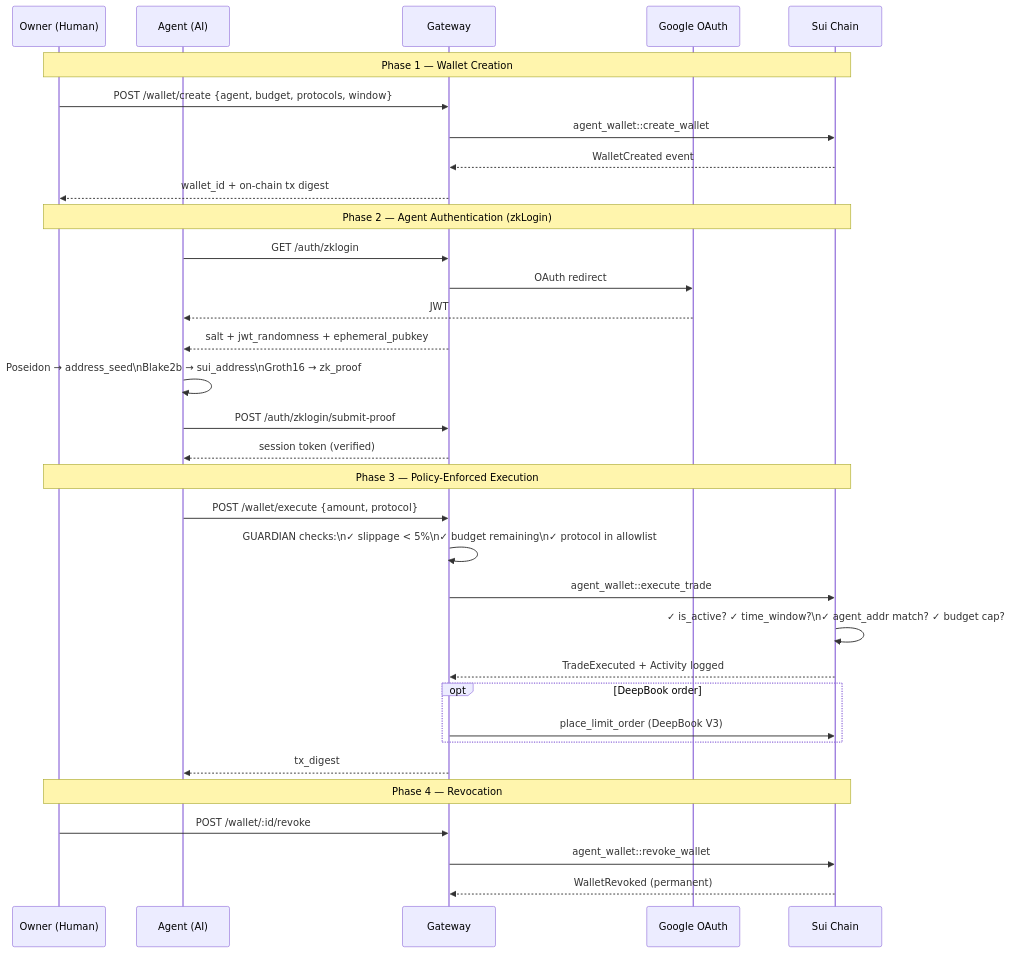
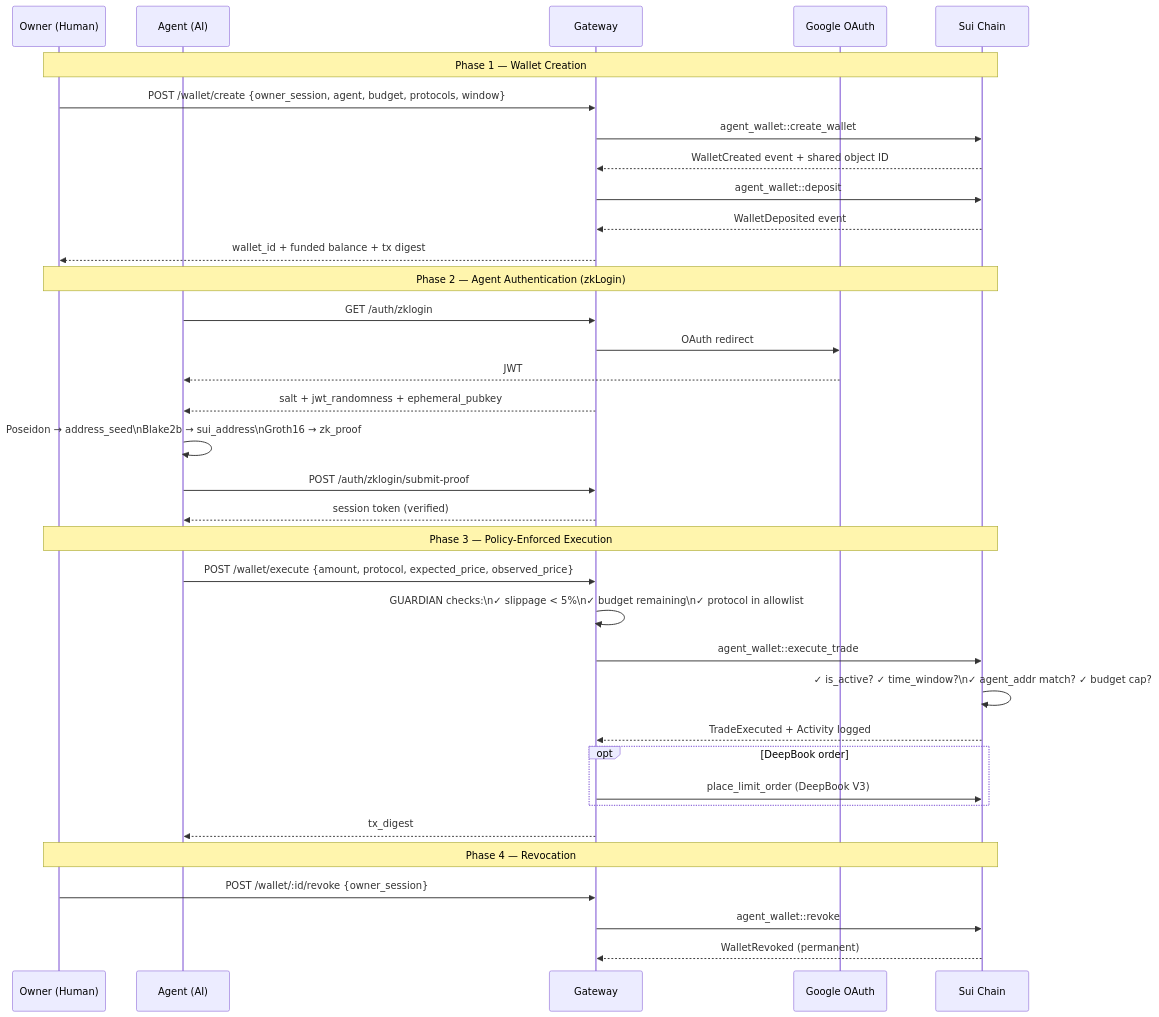
One commit to dongowu/sui-nexus changed the second of 3 diagrams in README.md. Above: the diagram before and after it, drawn with Mermaid. The commit also changed other lines of this file and 31 other files, not shown here.

Commit message:
feat: finalize live testnet wallet flow

````diff
--- a/README.md
+++ b/README.md
@@ -111,39 +111,41 @@
 ```mermaid
 sequenceDiagram
     participant Owner as Owner (Human)
     participant Agent as Agent (AI)
     participant GW as Gateway
     participant Google as Google OAuth
     participant Sui as Sui Chain
 
     Note over Owner,Sui: Phase 1 — Wallet Creation
-    Owner->>GW: POST /wallet/create {agent, budget, protocols, window}
+    Owner->>GW: POST /wallet/create {owner_session, agent, budget, protocols, window}
     GW->>Sui: agent_wallet::create_wallet
-    Sui-->>GW: WalletCreated event
-    GW-->>Owner: wallet_id + on-chain tx digest
+    Sui-->>GW: WalletCreated event + shared object ID
+    GW->>Sui: agent_wallet::deposit
+    Sui-->>GW: WalletDeposited event
+    GW-->>Owner: wallet_id + funded balance + tx digest
 
     Note over Owner,Sui: Phase 2 — Agent Authentication (zkLogin)
     Agent->>GW: GET /auth/zklogin
     GW->>Google: OAuth redirect
     Google-->>Agent: JWT
     GW-->>Agent: salt + jwt_randomness + ephemeral_pubkey
     Agent->>Agent: Poseidon → address_seed\nBlake2b → sui_address\nGroth16 → zk_proof
     Agent->>GW: POST /auth/zklogin/submit-proof
     GW-->>Agent: session token (verified)
 
     Note over Owner,Sui: Phase 3 — Policy-Enforced Execution
-    Agent->>GW: POST /wallet/execute {amount, protocol}
+    Agent->>GW: POST /wallet/execute {amount, protocol, expected_price, observed_price}
     GW->>GW: GUARDIAN checks:\n✓ slippage < 5%\n✓ budget remaining\n✓ protocol in allowlist
     GW->>Sui: agent_wallet::execute_trade
     Sui->>Sui: ✓ is_active? ✓ time_window?\n✓ agent_addr match? ✓ budget cap?
     Sui-->>GW: TradeExecuted + Activity logged
     opt DeepBook order
         GW->>Sui: place_limit_order (DeepBook V3)
     end
     GW-->>Agent: tx_digest
 
     Note over Owner,Sui: Phase 4 — Revocation
-    Owner->>GW: POST /wallet/:id/revoke
-    GW->>Sui: agent_wallet::revoke_wallet
+    Owner->>GW: POST /wallet/:id/revoke {owner_session}
+    GW->>Sui: agent_wallet::revoke
     Sui-->>GW: WalletRevoked (permanent)
 ```
````
